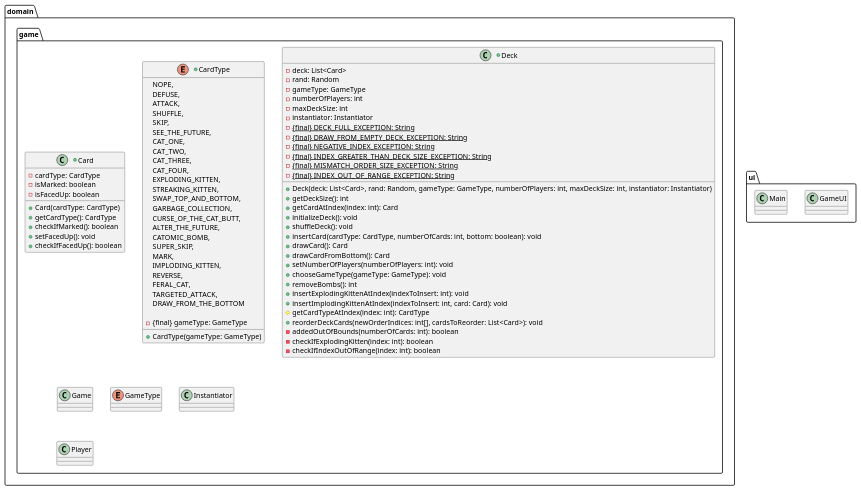
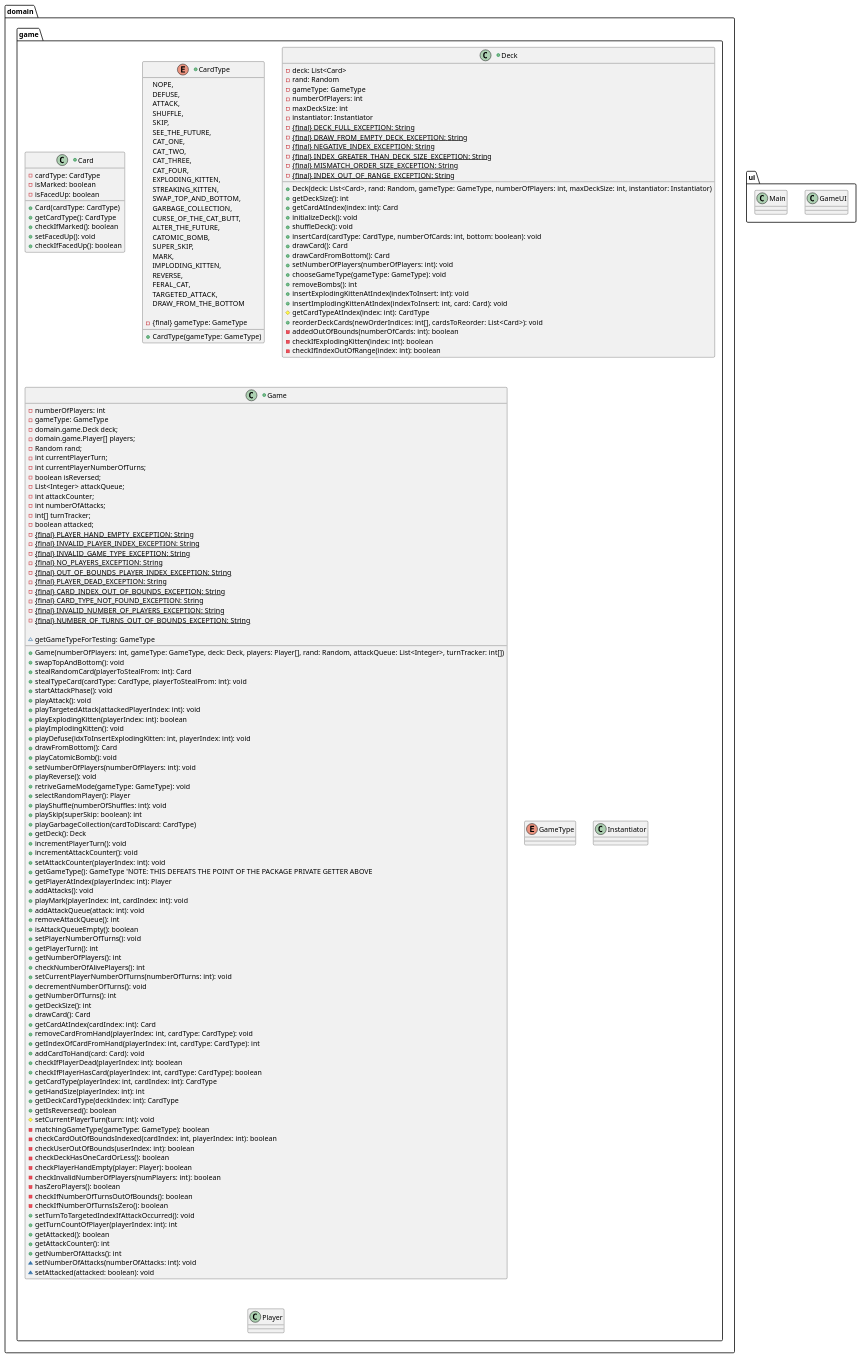
One commit to nu-cs-sw-design/project-20252601-exploding-cats changed the diagram in docs/design/given-design.puml. Above: the diagram before and after it, drawn with PlantUML.

Commit message:
added variables and methods for Game class

```diff
--- a/docs/design/given-design.puml
+++ b/docs/design/given-design.puml
@@ -1,107 +1,198 @@
 @startuml
 
 package domain.game {
     +class Card {
         -cardType: CardType
         -isMarked: boolean
         -isFacedUp: boolean
 
         +Card(cardType: CardType)
         +getCardType(): CardType
         +checkIfMarked(): boolean
         +setFacedUp(): void
         +checkIfFacedUp(): boolean
     }
 
     +enum CardType {
         'QUESTION: should i specify the GameType enum that's passed into each of these CardType enums?
         NOPE,
         DEFUSE,
         ATTACK,
         SHUFFLE,
         SKIP,
         SEE_THE_FUTURE,
         CAT_ONE,
         CAT_TWO,
         CAT_THREE,
         CAT_FOUR,
         EXPLODING_KITTEN,
         STREAKING_KITTEN,
         SWAP_TOP_AND_BOTTOM,
         GARBAGE_COLLECTION,
         CURSE_OF_THE_CAT_BUTT,
         ALTER_THE_FUTURE,
         CATOMIC_BOMB,
         SUPER_SKIP,
         MARK,
         IMPLODING_KITTEN,
         REVERSE,
         FERAL_CAT,
         TARGETED_ATTACK,
         DRAW_FROM_THE_BOTTOM
 
         -{final} gameType: GameType
 
         +CardType(gameType: GameType)
     }
 
     +class Deck {
         -deck: List<Card>
         -rand: Random
         -gameType: GameType
         -numberOfPlayers: int
         -maxDeckSize: int
         -instantiator: Instantiator
         -{static}{final} DECK_FULL_EXCEPTION: String
         -{static}{final} DRAW_FROM_EMPTY_DECK_EXCEPTION: String
         -{static}{final} NEGATIVE_INDEX_EXCEPTION: String
         -{static}{final} INDEX_GREATER_THAN_DECK_SIZE_EXCEPTION: String
         -{static}{final} MISMATCH_ORDER_SIZE_EXCEPTION: String
         -{static}{final} INDEX_OUT_OF_RANGE_EXCEPTION: String
 
         +Deck(deck: List<Card>, rand: Random, gameType: GameType, numberOfPlayers: int, maxDeckSize: int, instantiator: Instantiator)
         +getDeckSize(): int
         +getCardAtIndex(index: int): Card
         +initializeDeck(): void
         +shuffleDeck(): void
         +insertCard(cardType: CardType, numberOfCards: int, bottom: boolean): void
         +drawCard(): Card
         +drawCardFromBottom(): Card
         +setNumberOfPlayers(numberOfPlayers: int): void
         +chooseGameType(gameType: GameType): void
         +removeBombs(): int
         +insertExplodingKittenAtIndex(indexToInsert: int): void
         +insertImplodingKittenAtIndex(indexToInsert: int, card: Card): void
         #getCardTypeAtIndex(index: int): CardType
         +reorderDeckCards(newOrderIndices: int[], cardsToReorder: List<Card>): void
         -addedOutOfBounds(numberOfCards: int): boolean
         -checkIfExplodingKitten(index: int): boolean
         -checkIfIndexOutOfRange(index: int): boolean
     }
 
-    class Game {
+    +class Game {
+        -numberOfPlayers: int
+        -gameType: GameType
+        -domain.game.Deck deck;
+        -domain.game.Player[] players;
+        -Random rand;
+        -int currentPlayerTurn;
+        -int currentPlayerNumberOfTurns;
+        -boolean isReversed;
+        -List<Integer> attackQueue;
+        -int attackCounter;
+        -int numberOfAttacks;
+        -int[] turnTracker;
+        -boolean attacked;
+        -{static}{final} PLAYER_HAND_EMPTY_EXCEPTION: String
+        -{static}{final} INVALID_PLAYER_INDEX_EXCEPTION: String
+        -{static}{final} INVALID_GAME_TYPE_EXCEPTION: String
+        -{static}{final} NO_PLAYERS_EXCEPTION: String
+        -{static}{final} OUT_OF_BOUNDS_PLAYER_INDEX_EXCEPTION: String
+        -{static}{final} PLAYER_DEAD_EXCEPTION: String
+        -{static}{final} CARD_INDEX_OUT_OF_BOUNDS_EXCEPTION: String
+        -{static}{final} CARD_TYPE_NOT_FOUND_EXCEPTION: String
+        -{static}{final} INVALID_NUMBER_OF_PLAYERS_EXCEPTION: String
+        -{static}{final} NUMBER_OF_TURNS_OUT_OF_BOUNDS_EXCEPTION: String
+
+        +Game(numberOfPlayers: int, gameType: GameType, deck: Deck, players: Player[], rand: Random, attackQueue: List<Integer>, turnTracker: int[])
+        +swapTopAndBottom(): void
+        +stealRandomCard(playerToStealFrom: int): Card
+        +stealTypeCard(cardType: CardType, playerToStealFrom: int): void
+        +startAttackPhase(): void
+        +playAttack(): void
+        +playTargetedAttack(attackedPlayerIndex: int): void
+        +playExplodingKitten(playerIndex: int): boolean
+        +playImplodingKitten(): void
+        +playDefuse(idxToInsertExplodingKitten: int, playerIndex: int): void
+        +drawFromBottom(): Card
+        +playCatomicBomb(): void
+        +setNumberOfPlayers(numberOfPlayers: int): void
+        +playReverse(): void
+        +retriveGameMode(gameType: GameType): void
+        +selectRandomPlayer(): Player
+        +playShuffle(numberOfShuffles: int): void
+        +playSkip(superSkip: boolean): int
+        +playGarbageCollection(cardToDiscard: CardType)
+        +getDeck(): Deck
+        +incrementPlayerTurn(): void
+        +incrementAttackCounter(): void
+        +setAttackCounter(playerIndex: int): void
+        ~getGameTypeForTesting: GameType
+        +getGameType(): GameType 'NOTE: THIS DEFEATS THE POINT OF THE PACKAGE PRIVATE GETTER ABOVE
+        +getPlayerAtIndex(playerIndex: int): Player
+        +addAttacks(): void
+        +playMark(playerIndex: int, cardIndex: int): void
+        +addAttackQueue(attack: int): void
+        +removeAttackQueue(): int
+        +isAttackQueueEmpty(): boolean
+        +setPlayerNumberOfTurns(): void
+        +getPlayerTurn(): int
+        +getNumberOfPlayers(): int
+        +checkNumberOfAlivePlayers(): int
+        +setCurrentPlayerNumberOfTurns(numberOfTurns: int): void
+        +decrementNumberOfTurns(): void
+        +getNumberOfTurns(): int
+        +getDeckSize(): int
+        +drawCard(): Card
+        +getCardAtIndex(cardIndex: int): Card
+        +removeCardFromHand(playerIndex: int, cardType: CardType): void
+        +getIndexOfCardFromHand(playerIndex: int, cardType: CardType): int
+        +addCardToHand(card: Card): void
+        +checkIfPlayerDead(playerIndex: int): boolean
+        +checkIfPlayerHasCard(playerIndex: int, cardType: CardType): boolean
+        +getCardType(playerIndex: int, cardIndex: int): CardType
+        +getHandSize(playerIndex: int): int
+        +getDeckCardType(deckIndex: int): CardType
+        +getIsReversed(): boolean
+        #setCurrentPlayerTurn(turn: int): void
+        -matchingGameType(gameType: GameType): boolean
+        -checkCardOutOfBoundsIndexed(cardIndex: int, playerIndex: int): boolean
+        -checkUserOutOfBounds(userIndex: int): boolean
+        -checkDeckHasOneCardOrLess(): boolean
+        -checkPlayerHandEmpty(player: Player): boolean
+        -checkInvalidNumberOfPlayers(numPlayers: int): boolean
+        -hasZeroPlayers(): boolean
+        -checkIfNumberOfTurnsOutOfBounds(): boolean
+        -checkIfNumberOfTurnsIsZero(): boolean
+        +setTurnToTargetedIndexIfAttackOccurred(): void
+        +getTurnCountOfPlayer(playerIndex: int): int
+        +getAttacked(): boolean
+        +getAttackCounter(): int
+        +getNumberOfAttacks(): int
+        ~setNumberOfAttacks(numberOfAttacks: int): void
+        ~setAttacked(attacked: boolean): void
     }
 
     enum GameType {
     }
 
     class Instantiator {
     }
 
     class Player {
     }
 }
 
 package ui {
     class GameUI {
     }
 
     class Main {
     }
 }
 
 'QUESTIONS:
 '-how to best represent the resource bundle? package? class?
 '-out of curiosity, are tests ever part of a design diagram?
 
 @enduml
```
